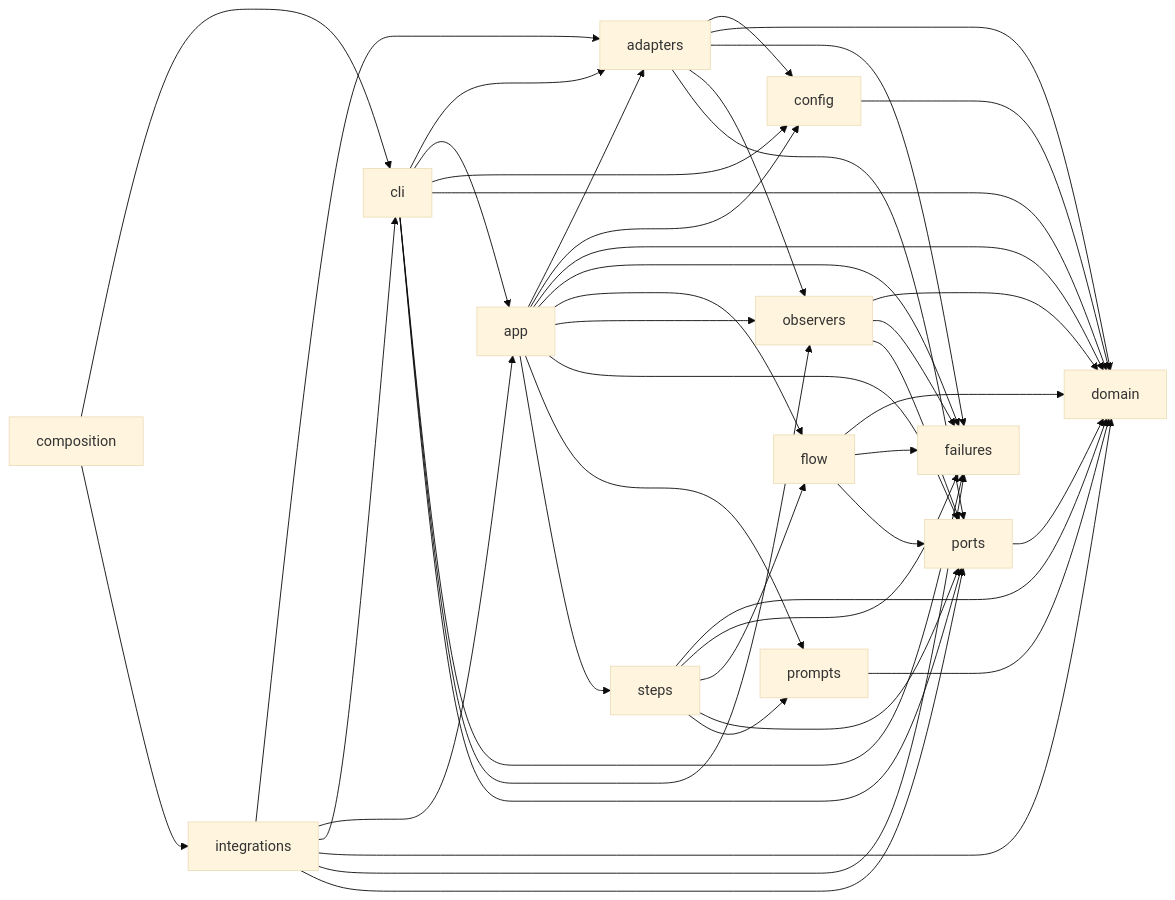
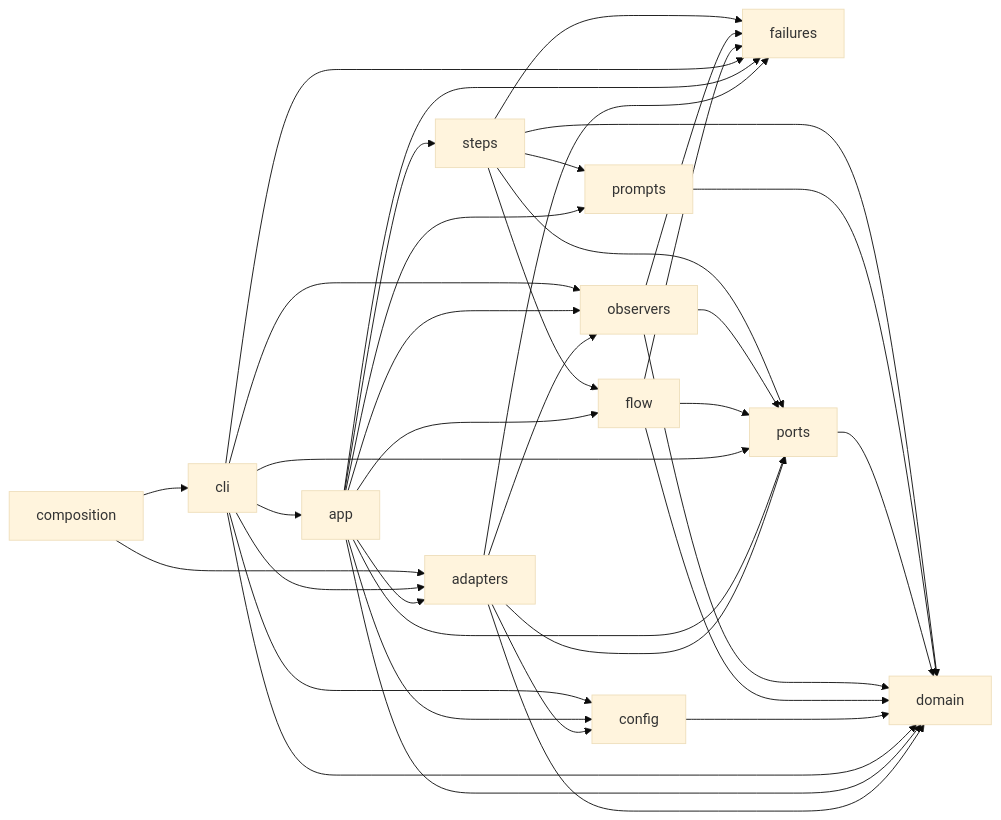
Before and after one commit to ygrishajev/jig: the second of 2 diagrams in docs/workflow-ownership.md, drawn with Mermaid (base theme). The commit also changed other lines of this file and 44 other files, not shown here.

````diff
--- a/docs/workflow-ownership.md
+++ b/docs/workflow-ownership.md
@@ -276,46 +276,40 @@
 ```mermaid
 flowchart LR
   adapters --> config
   adapters --> domain
   adapters --> failures
   adapters --> observers
   adapters --> ports
   app --> adapters
   app --> config
   app --> domain
   app --> failures
   app --> flow
   app --> observers
   app --> ports
   app --> prompts
   app --> steps
   cli --> adapters
   cli --> app
   cli --> config
   cli --> domain
   cli --> failures
   cli --> observers
   cli --> ports
+  composition --> adapters
   composition --> cli
-  composition --> integrations
   config --> domain
   flow --> domain
   flow --> failures
   flow --> ports
-  integrations --> adapters
-  integrations --> app
-  integrations --> cli
-  integrations --> domain
-  integrations --> failures
-  integrations --> ports
   observers --> domain
   observers --> failures
   observers --> ports
   ports --> domain
   prompts --> domain
   steps --> domain
   steps --> failures
   steps --> flow
   steps --> ports
   steps --> prompts
 ```
````
